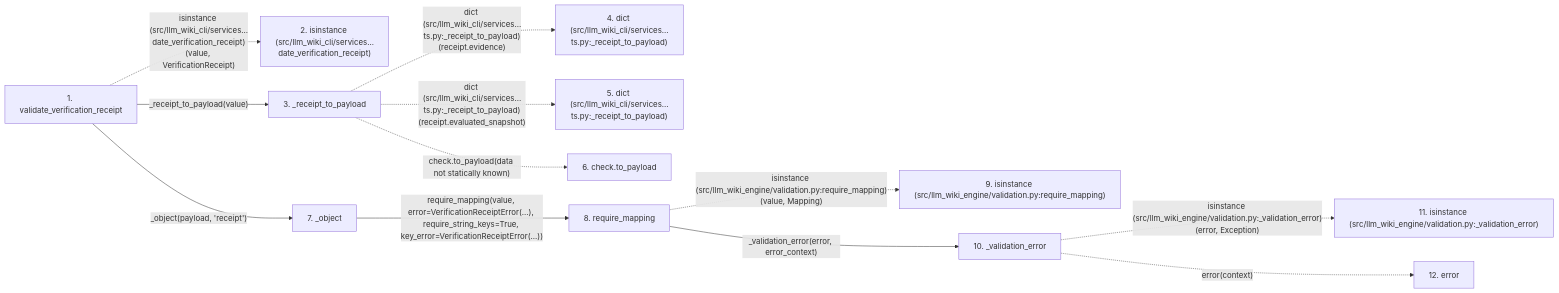
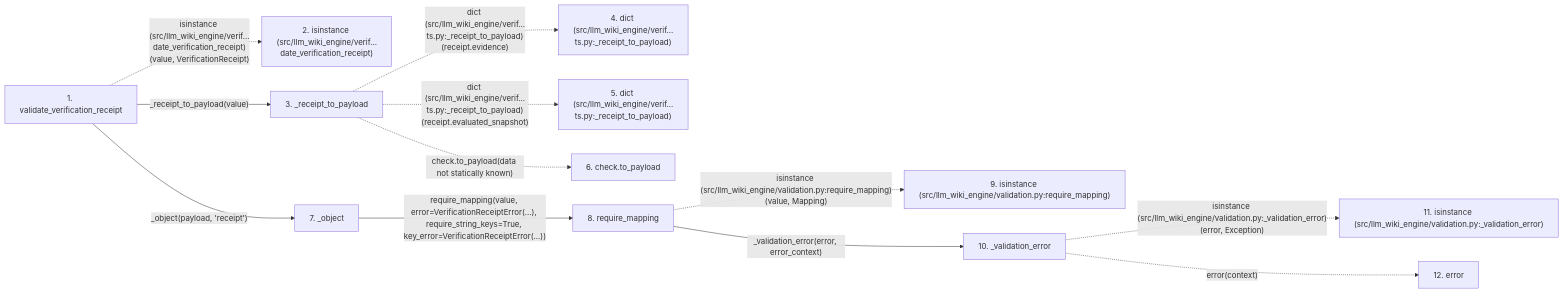
One commit to Denissvgn/python-wiki-llm changed the second of 2 diagrams in docs/llm_wiki/flows/api-validate_verification_receipt.md. Above: the diagram before and after it, drawn with Mermaid. The commit also changed other lines of this file and 1058 other files, not shown here.

````diff
--- a/docs/llm_wiki/flows/api-validate_verification_receipt.md
+++ b/docs/llm_wiki/flows/api-validate_verification_receipt.md
@@ -129,31 +129,31 @@
 ```mermaid
 flowchart LR
     s1["1. validate_verification_receipt"]
-    s2["2. isinstance (src/llm_wiki_cli/services…date_verification_receipt)"]
+    s2["2. isinstance (src/llm_wiki_engine/verif…date_verification_receipt)"]
     s3["3. _receipt_to_payload"]
-    s4["4. dict (src/llm_wiki_cli/services…ts.py:_receipt_to_payload)"]
-    s5["5. dict (src/llm_wiki_cli/services…ts.py:_receipt_to_payload)"]
+    s4["4. dict (src/llm_wiki_engine/verif…ts.py:_receipt_to_payload)"]
+    s5["5. dict (src/llm_wiki_engine/verif…ts.py:_receipt_to_payload)"]
     s6["6. check.to_payload"]
     s7["7. _object"]
     s8["8. require_mapping"]
     s9["9. isinstance (src/llm_wiki_engine/validation.py:require_mapping)"]
     s10["10. _validation_error"]
     s11["11. isinstance (src/llm_wiki_engine/validation.py:_validation_error)"]
     s12["12. error"]
-    s1 -. "isinstance (src/llm_wiki_cli/services…date_verification_receipt)(value, VerificationReceipt)" .-> s2
+    s1 -. "isinstance (src/llm_wiki_engine/verif…date_verification_receipt)(value, VerificationReceipt)" .-> s2
     s1 -->|"_receipt_to_payload(value)"| s3
-    s3 -. "dict (src/llm_wiki_cli/services…ts.py:_receipt_to_payload)(receipt.evidence)" .-> s4
-    s3 -. "dict (src/llm_wiki_cli/services…ts.py:_receipt_to_payload)(receipt.evaluated_snapshot)" .-> s5
+    s3 -. "dict (src/llm_wiki_engine/verif…ts.py:_receipt_to_payload)(receipt.evidence)" .-> s4
+    s3 -. "dict (src/llm_wiki_engine/verif…ts.py:_receipt_to_payload)(receipt.evaluated_snapshot)" .-> s5
     s3 -. "check.to_payload(data not statically known)" .-> s6
     s1 -->|"_object(payload, 'receipt')"| s7
     s7 -->|"require_mapping(value, error=VerificationReceiptError(...), require_string_keys=True, key_error=VerificationReceiptError(...))"| s8
     s8 -. "isinstance (src/llm_wiki_engine/validation.py:require_mapping)(value, Mapping)" .-> s9
     s8 -->|"_validation_error(error, error_context)"| s10
     s10 -. "isinstance (src/llm_wiki_engine/validation.py:_validation_error)(error, Exception)" .-> s11
     s10 -. "error(context)" .-> s12
     click s1 "../modules/verification_contracts.md"
     click s3 "../modules/verification_contracts.md"
     click s7 "../modules/verification_contracts.md"
     click s8 "../modules/validation.md"
     click s10 "../modules/validation.md"
 ```
````
